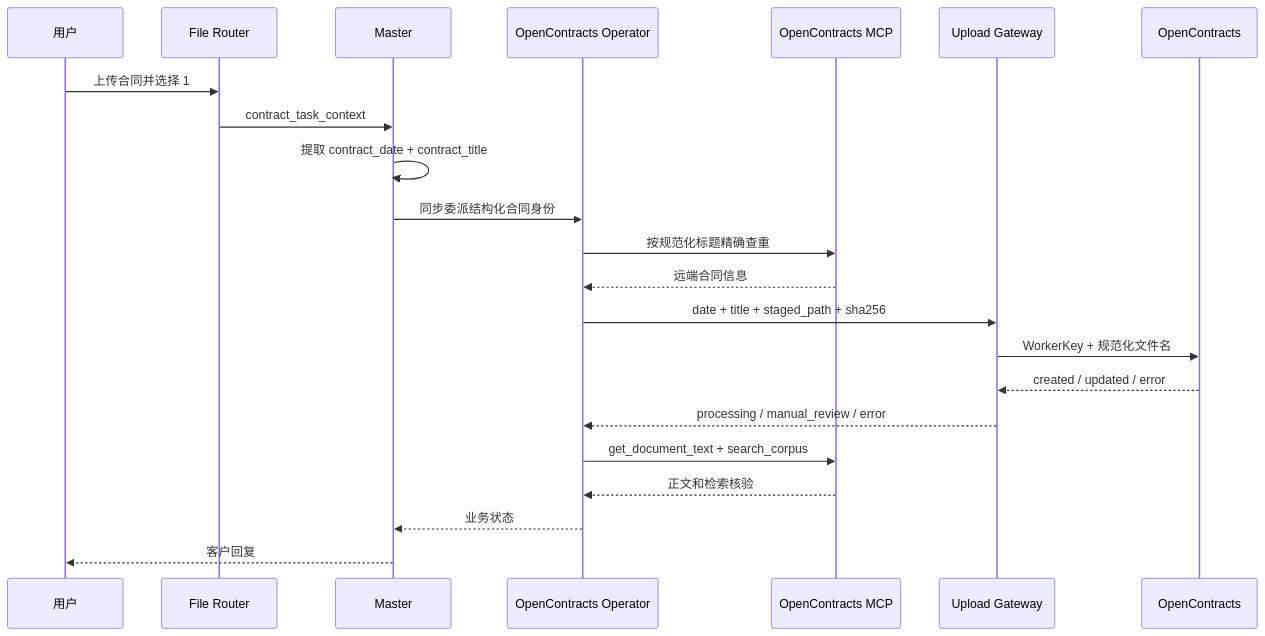
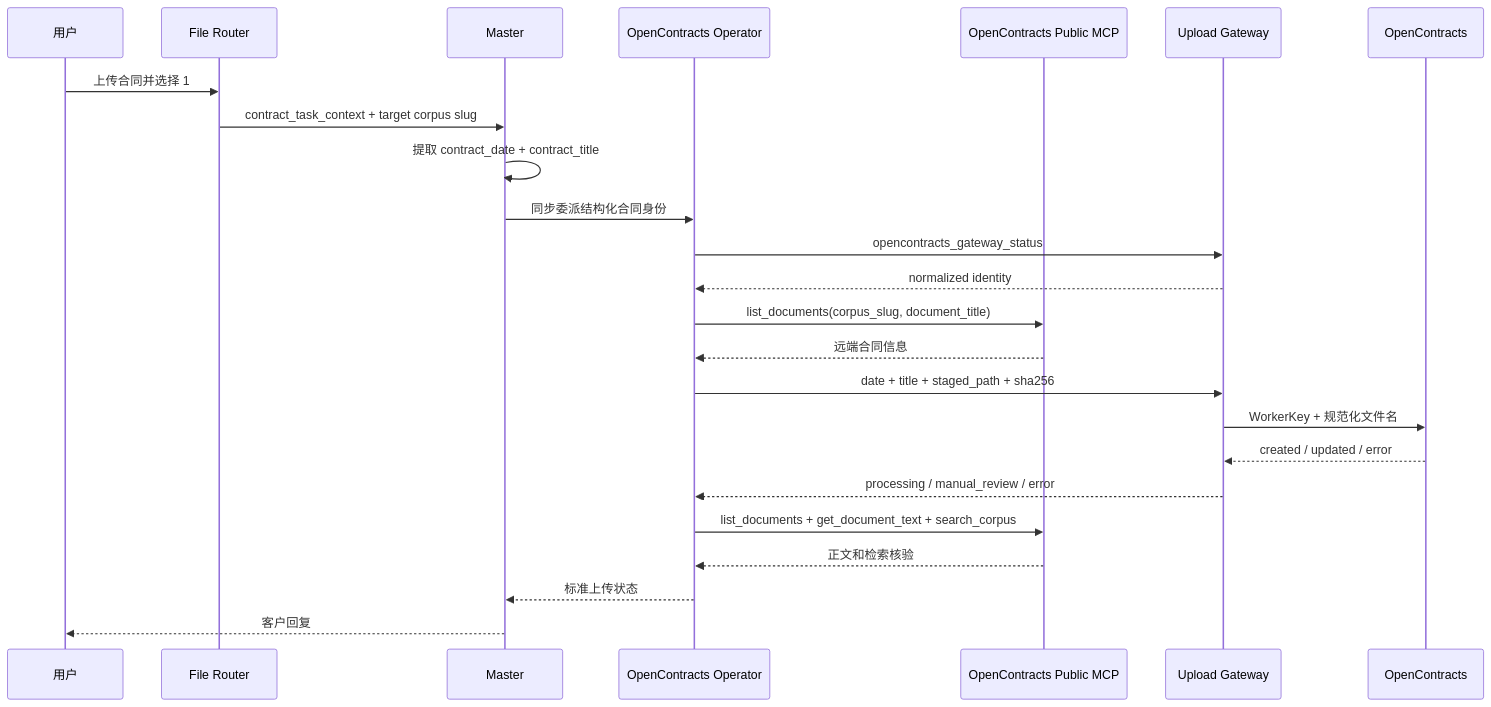
The second of 2 diagrams in README.md (Ri0n72Y/ContractBotConfig), drawn with Mermaid before and after one commit. The commit also changed other lines of this file, not shown here.

Commit message:
document public MCP upload workflow

````diff
--- a/README.md
+++ b/README.md
@@ -219,25 +232,27 @@
 ```mermaid
 sequenceDiagram
     participant U as 用户
     participant R as File Router
     participant M as Master
     participant O as OpenContracts Operator
-    participant MCP as OpenContracts MCP
+    participant MCP as OpenContracts Public MCP
     participant G as Upload Gateway
     participant OC as OpenContracts
 
     U->>R: 上传合同并选择 1
-    R->>M: contract_task_context
+    R->>M: contract_task_context + target corpus slug
     M->>M: 提取 contract_date + contract_title
     M->>O: 同步委派结构化合同身份
-    O->>MCP: 按规范化标题精确查重
+    O->>G: opencontracts_gateway_status
+    G-->>O: normalized identity
+    O->>MCP: list_documents(corpus_slug, document_title)
     MCP-->>O: 远端合同信息
     O->>G: date + title + staged_path + sha256
     G->>OC: WorkerKey + 规范化文件名
     OC-->>G: created / updated / error
     G-->>O: processing / manual_review / error
-    O->>MCP: get_document_text + search_corpus
+    O->>MCP: list_documents + get_document_text + search_corpus
     MCP-->>O: 正文和检索核验
-    O-->>M: 业务状态
+    O-->>M: 标准上传状态
     M-->>U: 客户回复
 ```
````
